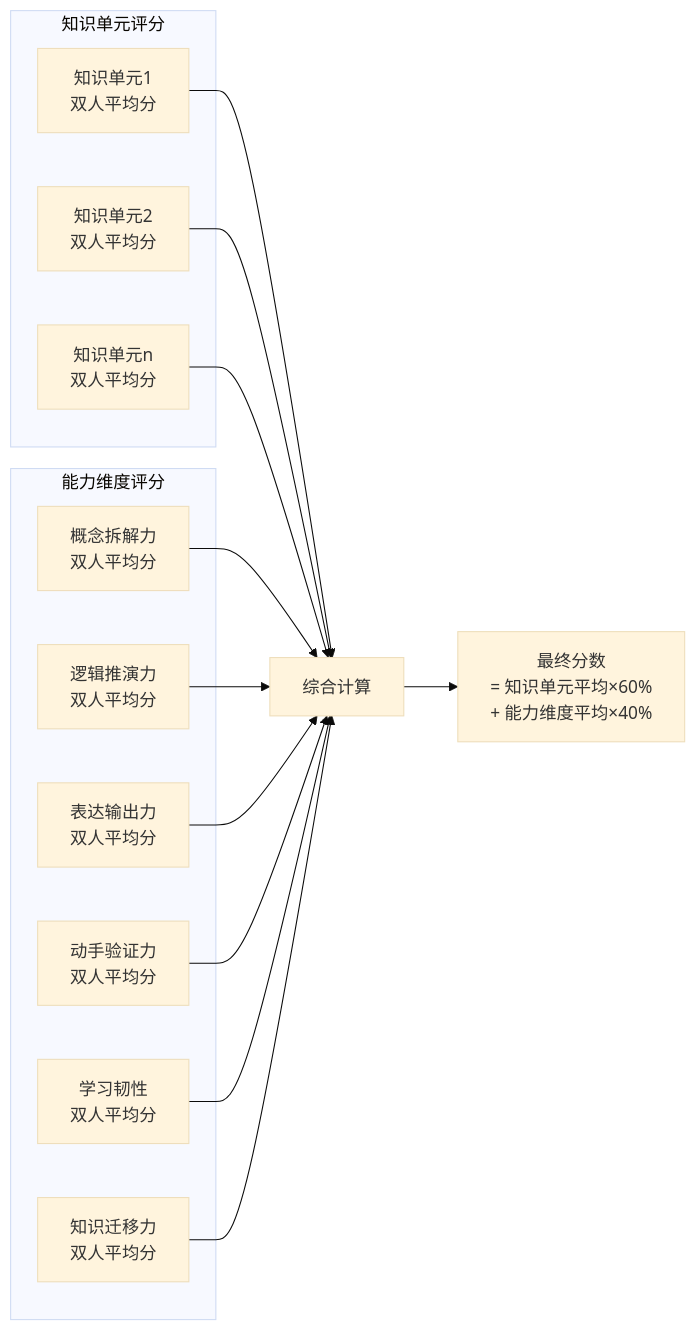
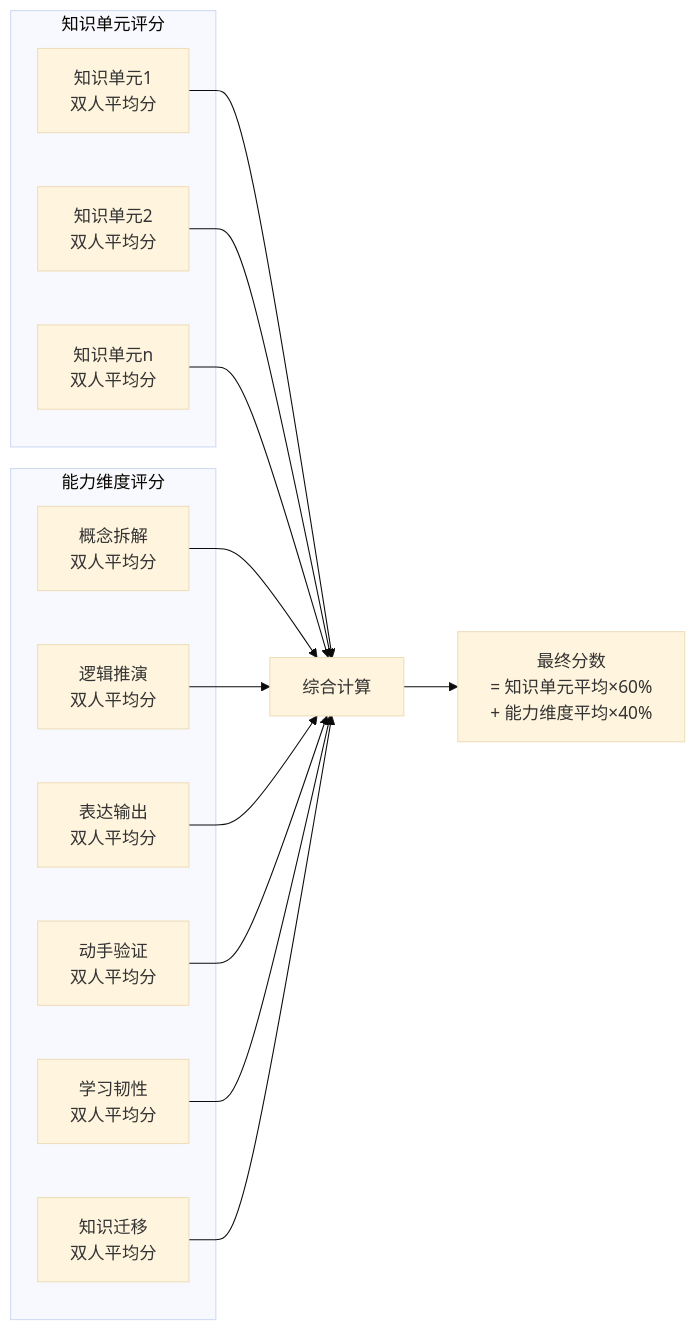
One commit to xuyunxuyun/SuperTeam changed the sixth of 8 diagrams in plugins_云开天自明.md. Above: the diagram before and after it, drawn with Mermaid (base theme). The commit also changed other lines of this file and 13 other files, not shown here.

````diff
--- a/plugins_云开天自明.md
+++ b/plugins_云开天自明.md
@@ -229,29 +229,29 @@
 ```mermaid
 flowchart LR
     subgraph Knowledge[知识单元评分]
         K1[知识单元1<br/>双人平均分]
         K2[知识单元2<br/>双人平均分]
         K3[知识单元n<br/>双人平均分]
     end
     
     subgraph Ability[能力维度评分]
-        A1[概念拆解力<br/>双人平均分]
-        A2[逻辑推演力<br/>双人平均分]
-        A3[表达输出力<br/>双人平均分]
-        A4[动手验证力<br/>双人平均分]
+        A1[概念拆解<br/>双人平均分]
+        A2[逻辑推演<br/>双人平均分]
+        A3[表达输出<br/>双人平均分]
+        A4[动手验证<br/>双人平均分]
         A5[学习韧性<br/>双人平均分]
-        A6[知识迁移力<br/>双人平均分]
+        A6[知识迁移<br/>双人平均分]
     end
     
     K1 --> Calc[综合计算]
     K2 --> Calc
     K3 --> Calc
     A1 --> Calc
     A2 --> Calc
     A3 --> Calc
     A4 --> Calc
     A5 --> Calc
     A6 --> Calc
     
     Calc --> Result[最终分数<br/>= 知识单元平均×60%<br/>+ 能力维度平均×40%]
 ```
````
